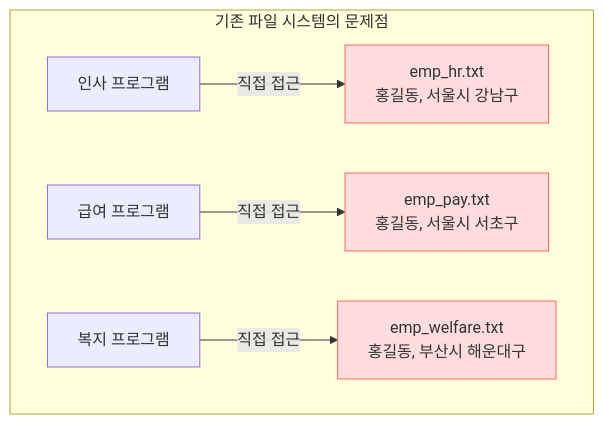
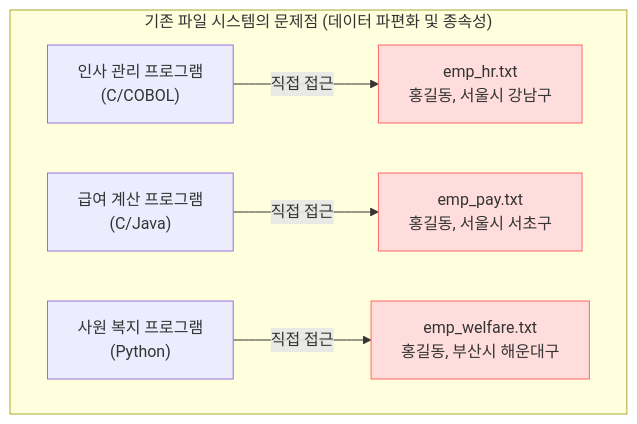
The first of 37 diagrams in 07_데이터베이스_기술.md (keimania/tech-notes), drawn with Mermaid before and after one commit. The commit also changed other lines of this file and 12 other files, not shown here.

````diff
--- a/07_데이터베이스_기술.md
+++ b/07_데이터베이스_기술.md
@@ -20,12 +20,12 @@
 ```mermaid
 flowchart TD
-    subgraph FileSystem["기존 파일 시스템의 문제점"]
-        A[인사 프로그램] -->|직접 접근| F1[emp_hr.txt<br/>홍길동, 서울시 강남구]
-        B[급여 프로그램] -->|직접 접근| F2[emp_pay.txt<br/>홍길동, 서울시 서초구]
-        C[복지 프로그램] -->|직접 접근| F3[emp_welfare.txt<br/>홍길동, 부산시 해운대구]
+    subgraph FileSystem["기존 파일 시스템의 문제점 (데이터 파편화 및 종속성)"]
+        A["인사 관리 프로그램<br/>(C/COBOL)"] -->|직접 접근| F1["emp_hr.txt<br/>홍길동, 서울시 강남구"]
+        B["급여 계산 프로그램<br/>(C/Java)"] -->|직접 접근| F2["emp_pay.txt<br/>홍길동, 서울시 서초구"]
+        C["사원 복지 프로그램<br/>(Python)"] -->|직접 접근| F3["emp_welfare.txt<br/>홍길동, 부산시 해운대구"]
     end
     
     style F1 fill:#ffdddd,stroke:#ff6666
     style F2 fill:#ffdddd,stroke:#ff6666
     style F3 fill:#ffdddd,stroke:#ff6666
 ```
````
